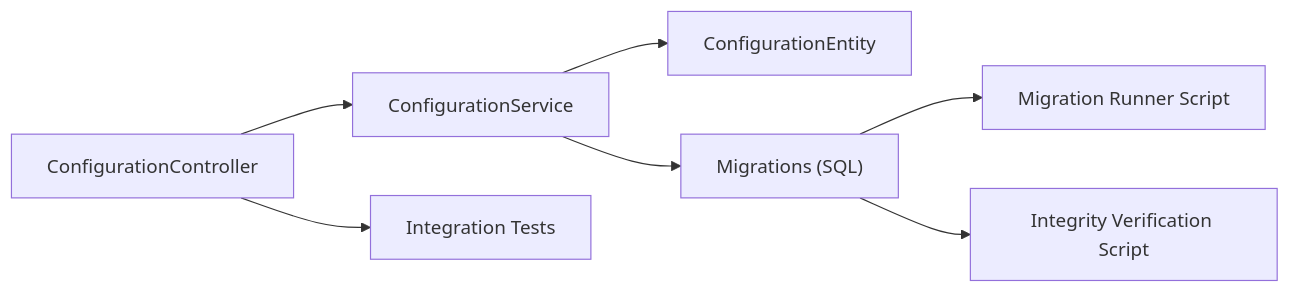
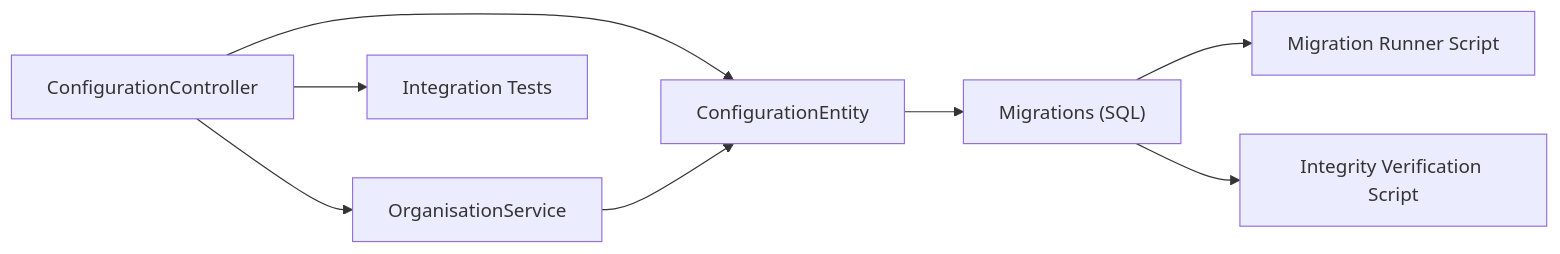
The fifth of 5 diagrams in .qoder/repowiki/en/content/Core Systems/Configuration Management.md (franckylab/eLISAschool), drawn with Mermaid before and after one commit. The commit also changed other lines of this file and 35 other files, not shown here.

First line of the commit message:
refactor(configuration): redistribuer la gestion de la configuration vers architecture distribuée

````diff
--- a/.qoder/repowiki/en/content/Core Systems/Configuration Management.md
+++ b/.qoder/repowiki/en/content/Core Systems/Configuration Management.md
@@ -402,9 +401,10 @@
 ```mermaid
 graph LR
-Controller["ConfigurationController"] --> Service["ConfigurationService"]
-Service --> Entity["ConfigurationEntity"]
-Service --> Migrations["Migrations (SQL)"]
+Controller["ConfigurationController"] --> Entity["ConfigurationEntity"]
+Controller --> OrgService["OrganisationService"]
+OrgService --> Entity
 Controller --> Tests["Integration Tests"]
+Entity --> Migrations["Migrations (SQL)"]
 Migrations --> Runner["Migration Runner Script"]
 Migrations --> Integrity["Integrity Verification Script"]
 ```
````
